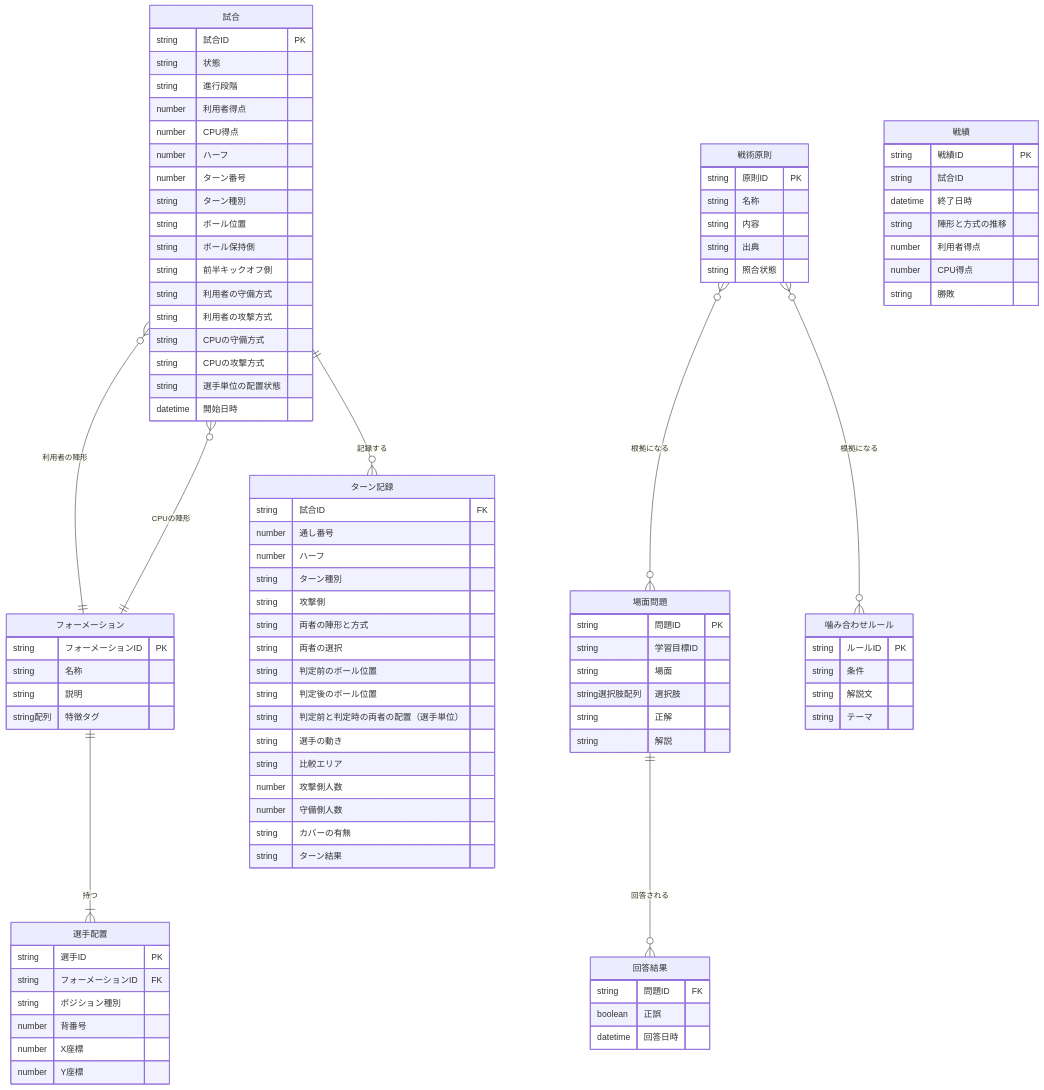
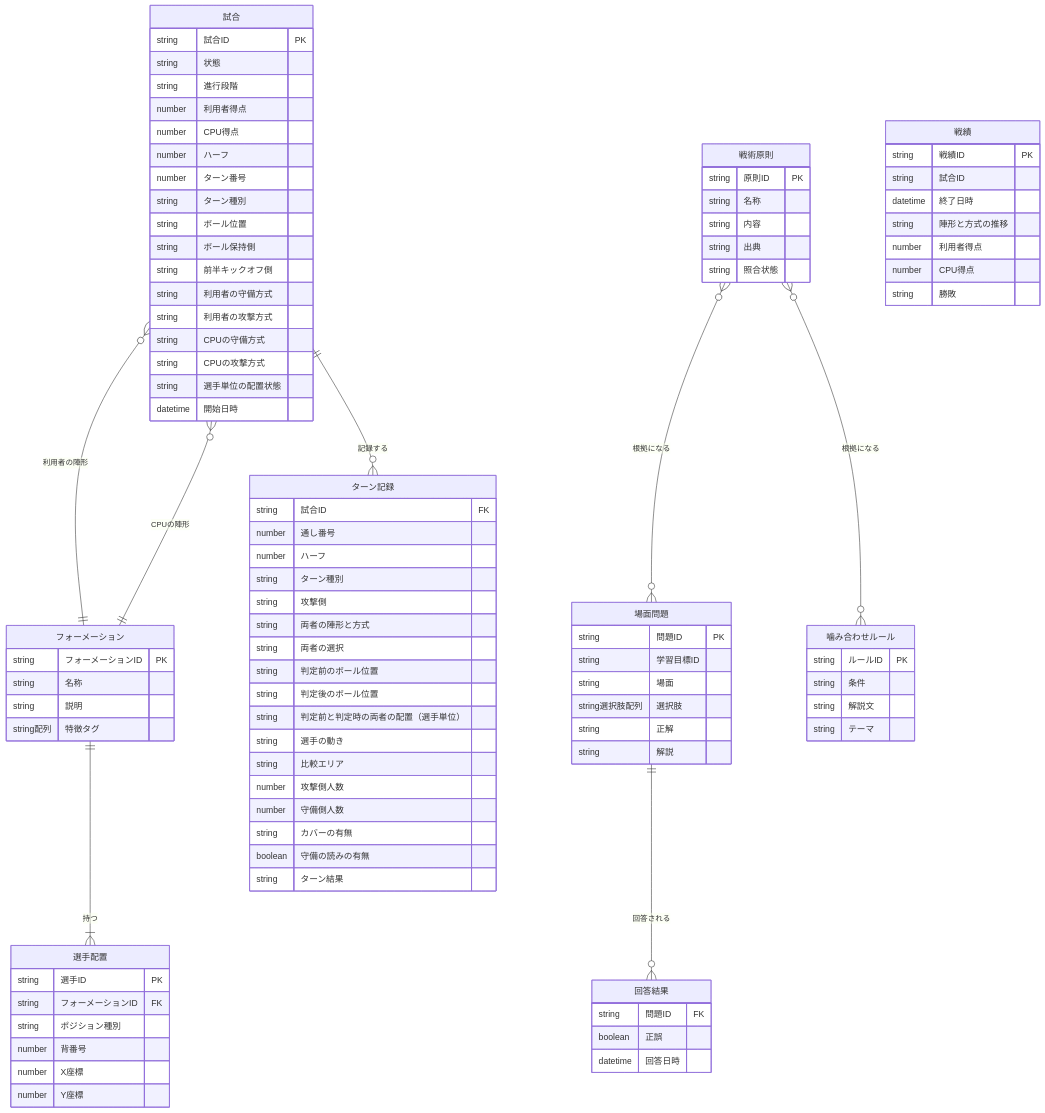
One commit to n-yata/soccer-sim changed the second of 4 diagrams in docs/specs/1_requirements/functional-overview.md. Above: the diagram before and after it, drawn with Mermaid. The commit also changed other lines of this file and 41 other files, not shown here.

```diff
--- a/docs/specs/1_requirements/functional-overview.md
+++ b/docs/specs/1_requirements/functional-overview.md
@@ -142,6 +142,7 @@
         number 攻撃側人数
         number 守備側人数
         string カバーの有無
+        boolean 守備の読みの有無
         string ターン結果
     }
     戦績 {
```
